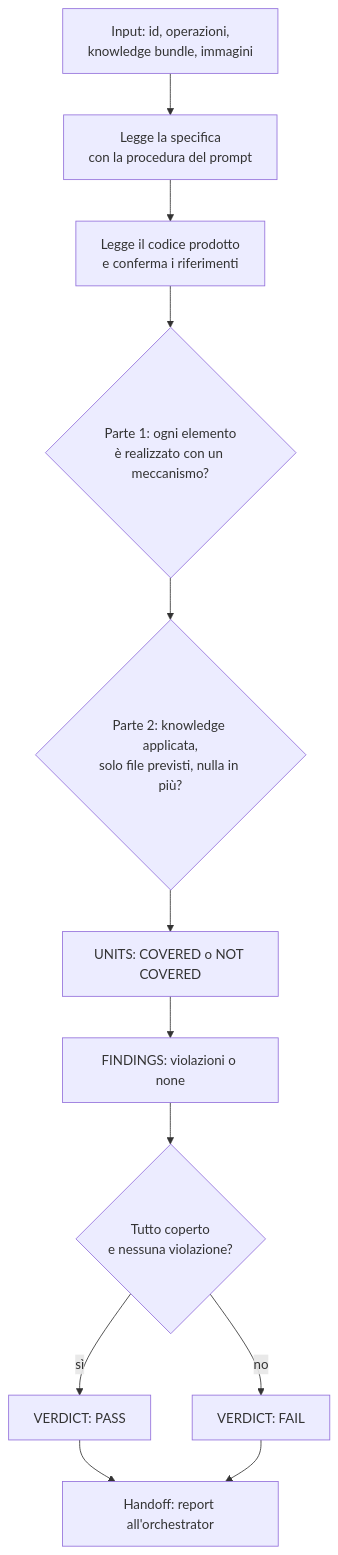
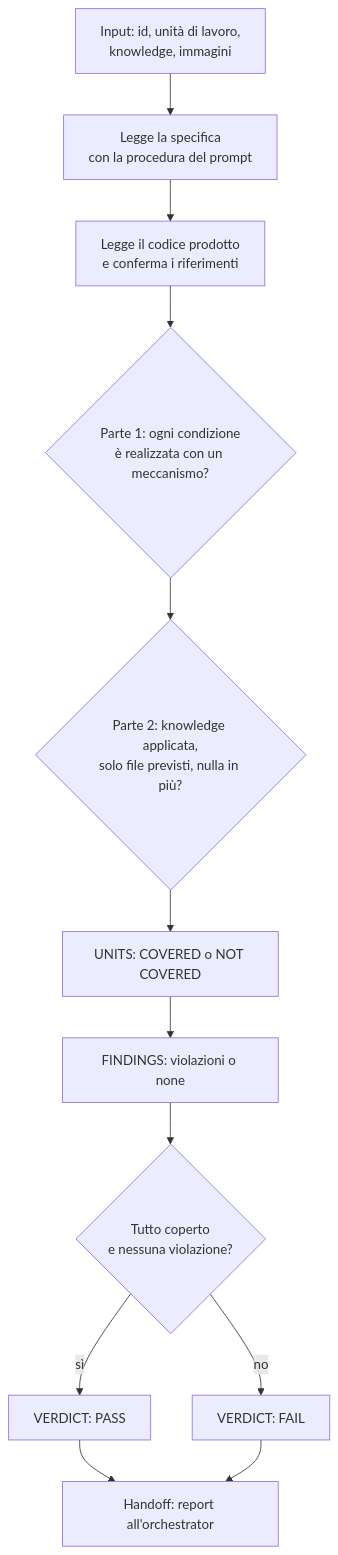
The diagram in orchestrator/role-maps/agents/implementation-verifier.md (violabg/agentic-system-lessons), drawn with Mermaid before and after one commit. The commit also changed other lines of this file and 69 other files, not shown here.

````diff
--- a/orchestrator/role-maps/agents/implementation-verifier.md
+++ b/orchestrator/role-maps/agents/implementation-verifier.md
@@ -17,14 +19,14 @@
 ```mermaid
 flowchart TD
-    Prompt[Input: id, operazioni,<br/>knowledge bundle, immagini] --> Spec[Legge la specifica<br/>con la procedura del prompt]
+    Prompt[Input: id, unità di lavoro,<br/>knowledge, immagini] --> Spec[Legge la specifica<br/>con la procedura del prompt]
     Spec --> Code[Legge il codice prodotto<br/>e conferma i riferimenti]
-    Code --> Part1{Parte 1: ogni elemento<br/>è realizzato con un meccanismo?}
+    Code --> Part1{Parte 1: ogni condizione<br/>è realizzata con un meccanismo?}
     Part1 --> Part2{Parte 2: knowledge applicata,<br/>solo file previsti, nulla in più?}
     Part2 --> Units[UNITS: COVERED o NOT COVERED]
     Units --> Findings[FINDINGS: violazioni o none]
     Findings --> Verdict{Tutto coperto<br/>e nessuna violazione?}
     Verdict -->|sì| Pass[VERDICT: PASS]
     Verdict -->|no| Fail[VERDICT: FAIL]
     Pass --> Handoff[Handoff: report all'orchestrator]
     Fail --> Handoff
 ```
````
